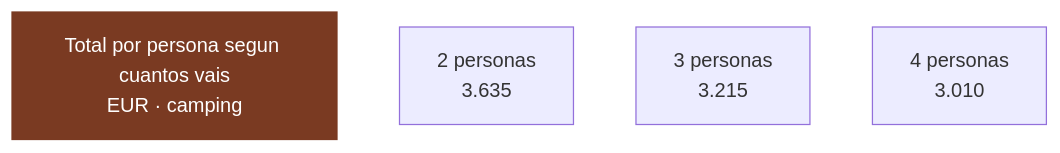
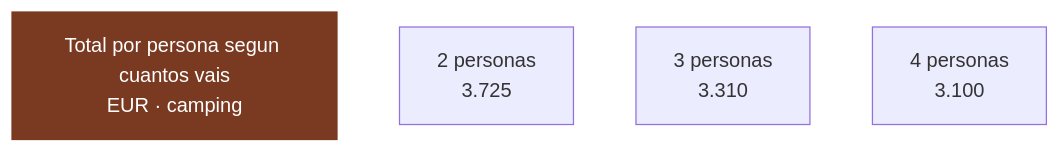
One commit to morandeirachema/namibia changed the eighth of 8 diagrams in 02-presupuesto.md. Above: the diagram before and after it, drawn with Mermaid. The commit also changed other lines of this file and 22 other files, not shown here.

````diff
--- a/02-presupuesto.md
+++ b/02-presupuesto.md
@@ -600,11 +610,11 @@
 ```mermaid
 flowchart LR
     T["Total por persona segun cuantos vais<br/>EUR · camping"]
-    n0["2 personas<br/>3.635"]
-    n1["3 personas<br/>3.215"]
-    n2["4 personas<br/>3.010"]
+    n0["2 personas<br/>3.725"]
+    n1["3 personas<br/>3.310"]
+    n2["4 personas<br/>3.100"]
     T ~~~ n0
     n0 ~~~ n1
     n1 ~~~ n2
     style T fill:#7a3a22,color:#fff,stroke:#7a3a22
 ```
````
